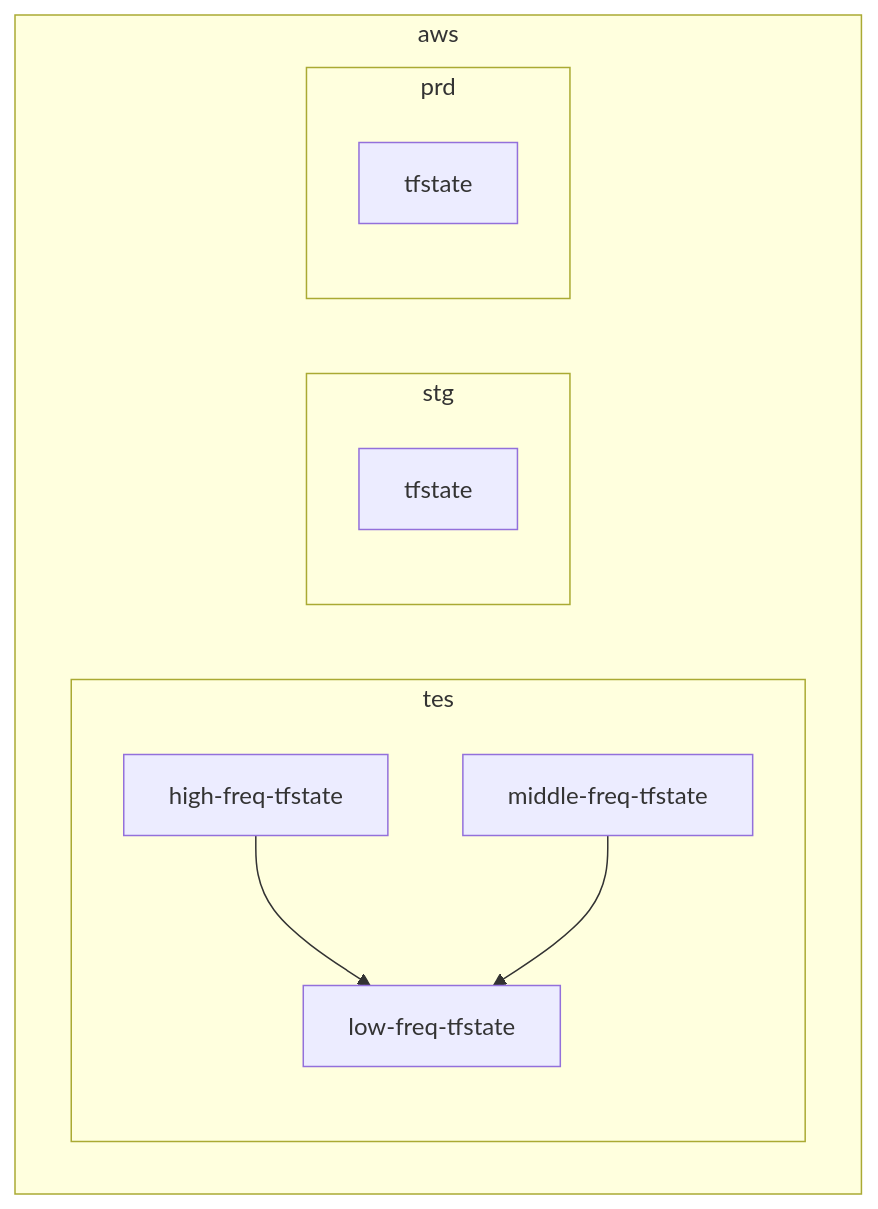
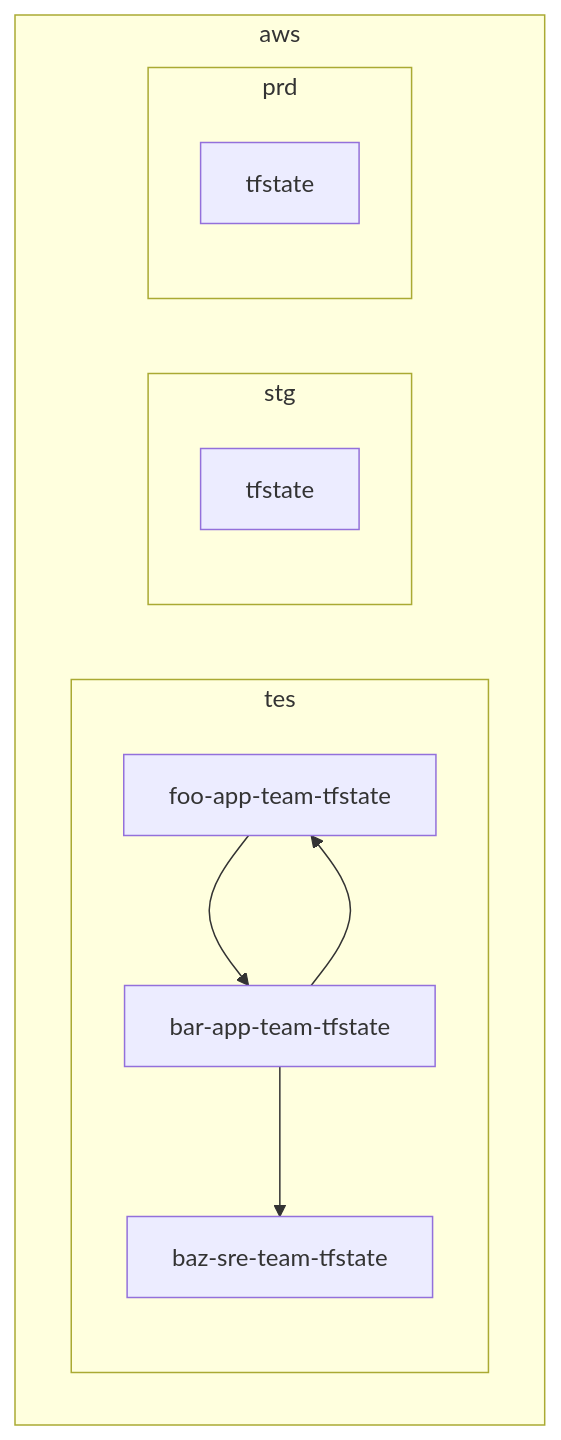
The third of 5 diagrams in docs/infrastructure_as_code/infrastructure_as_code_terraform_policy_tfstate.md (hiroki-it/tech-notebook), drawn with Mermaid before and after one commit. The commit also changed other lines of this file and 8 other files, not shown here.

````diff
--- a/docs/infrastructure_as_code/infrastructure_as_code_terraform_policy_tfstate.md
+++ b/docs/infrastructure_as_code/infrastructure_as_code_terraform_policy_tfstate.md
@@ -274,16 +279,16 @@
 ```mermaid
-graph TD
+graph TB
     subgraph aws
     subgraph tes
-    A[high-freq-tfstate]-->C
-    B[middle-freq-tfstate]-->C
-    C[low-freq-tfstate]
+    A[foo-app-team-tfstate]-->B
+    B[bar-app-team-tfstate]-->A
+    B-->C[baz-sre-team-tfstate]
     end
     subgraph stg
     D[tfstate]
     end
     subgraph prd
     e[tfstate]
     end
     end
 ```
````
